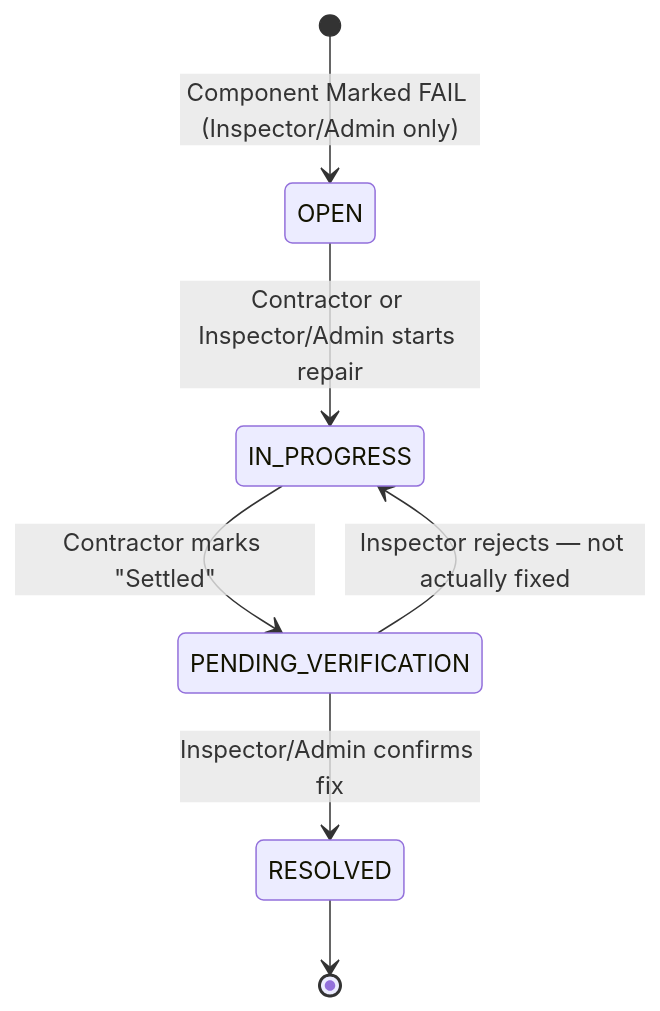
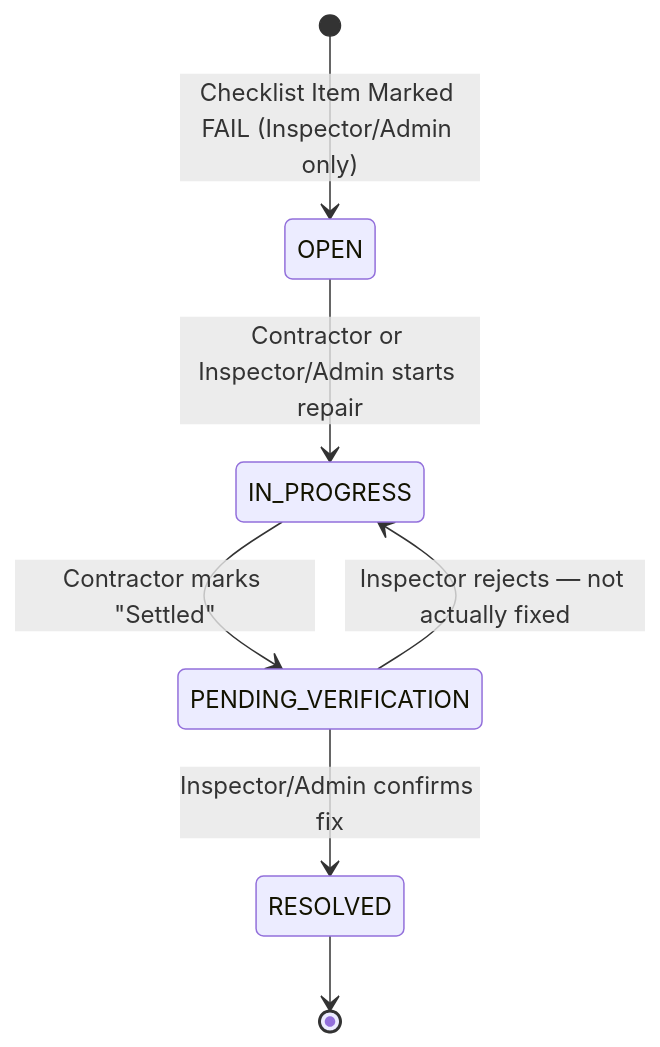
The fourth of 4 diagrams in docs/USER_MANUAL.md (muqrizmarzuki/eidsv2), drawn with Mermaid before and after one commit. The commit also changed other lines of this file and 19 other files, not shown here.

````diff
--- a/docs/USER_MANUAL.md
+++ b/docs/USER_MANUAL.md
@@ -118,9 +126,9 @@
 ```mermaid
 stateDiagram-v2
-    [*] --> OPEN: Component Marked FAIL (Inspector/Admin only)
+    [*] --> OPEN: Checklist Item Marked FAIL (Inspector/Admin only)
     OPEN --> IN_PROGRESS: Contractor or Inspector/Admin starts repair
     IN_PROGRESS --> PENDING_VERIFICATION: Contractor marks "Settled"
     PENDING_VERIFICATION --> RESOLVED: Inspector/Admin confirms fix
     PENDING_VERIFICATION --> IN_PROGRESS: Inspector rejects — not actually fixed
     RESOLVED --> [*]
 ```
````
